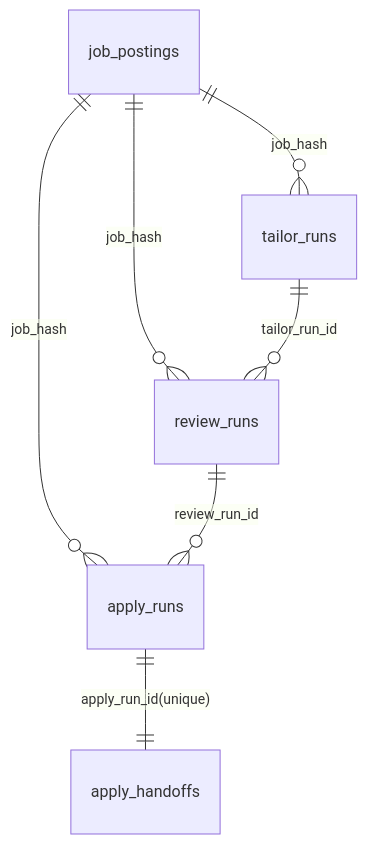
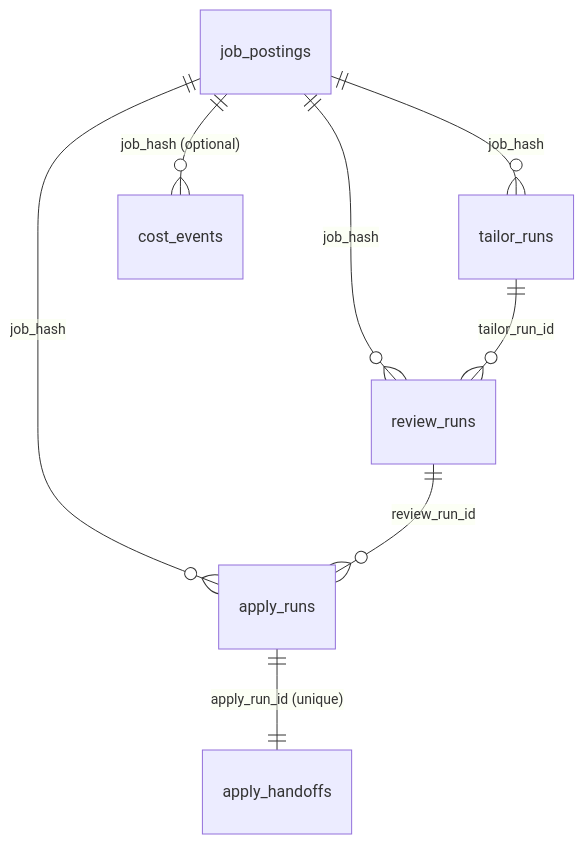
The diagram in .aqa/spec/data_models.md (joeyspagnoli/agentic-job-applier), drawn with Mermaid before and after one commit. The commit also changed other lines of this file and 40 other files, not shown here.

````diff
--- a/.aqa/spec/data_models.md
+++ b/.aqa/spec/data_models.md
@@ -33,10 +43,12 @@
 ```mermaid
 erDiagram
     job_postings ||--o{ tailor_runs : "job_hash"
     job_postings ||--o{ review_runs : "job_hash"
     job_postings ||--o{ apply_runs : "job_hash"
 
     tailor_runs ||--o{ review_runs : "tailor_run_id"
     review_runs ||--o{ apply_runs : "review_run_id"
-    apply_runs ||--|| apply_handoffs : "apply_run_id(unique)"
+    apply_runs ||--|| apply_handoffs : "apply_run_id (unique)"
+
+    job_postings ||--o{ cost_events : "job_hash (optional)"
 ```
````
